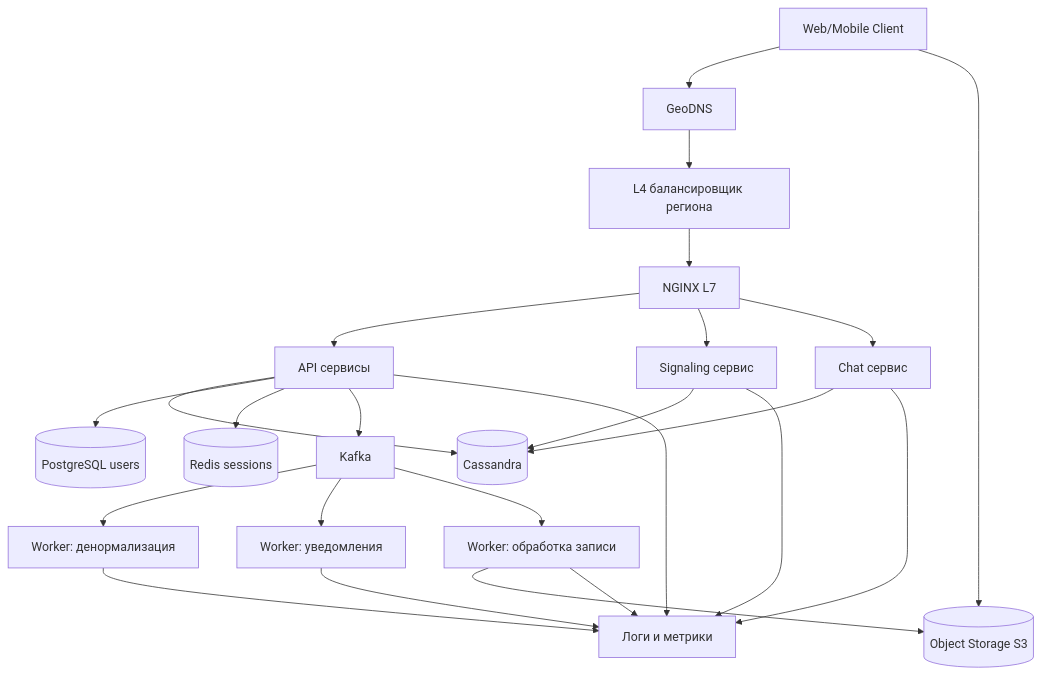
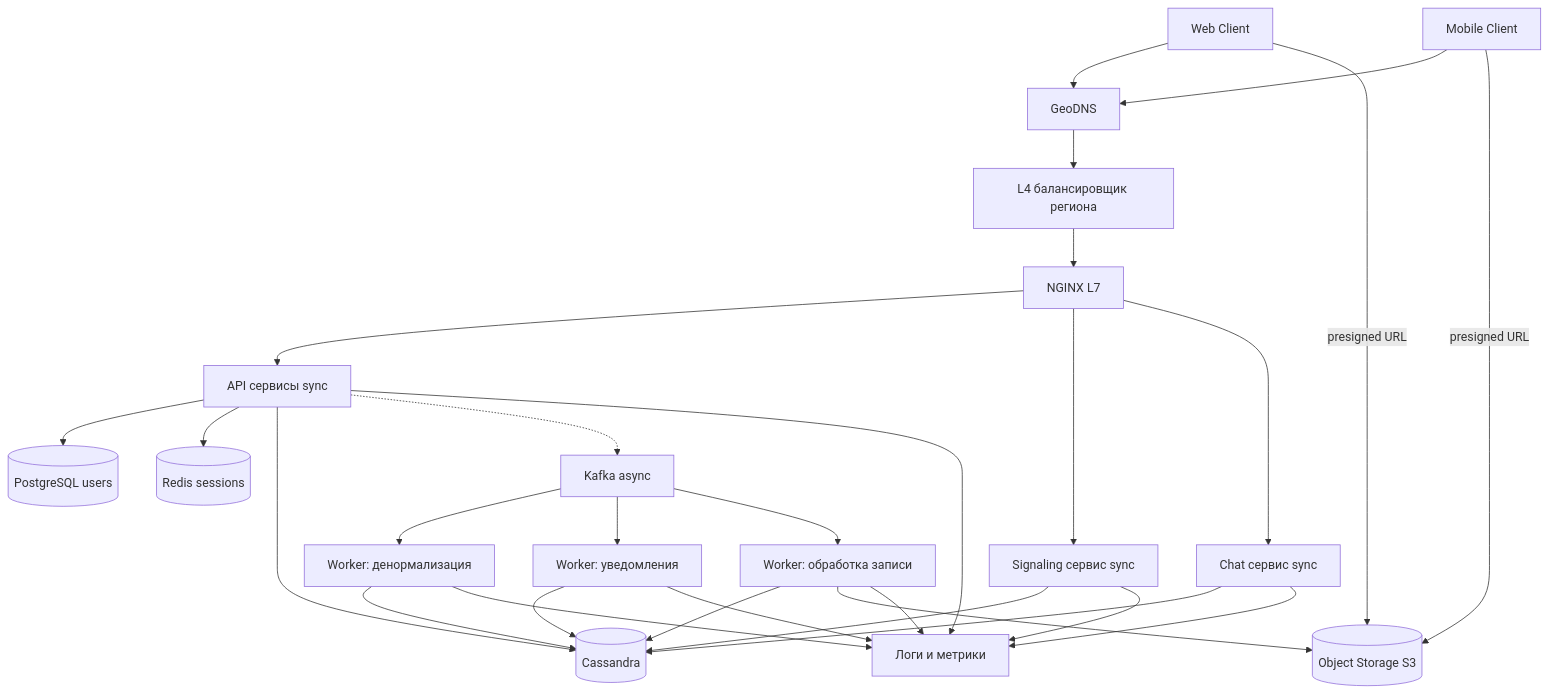
Before and after one commit to alx314vo/highload_zoom: the fourth of 4 diagrams in README.md, drawn with Mermaid. The commit also changed other lines of this file, not shown here.

````diff
--- a/README.md
+++ b/README.md
@@ -513,31 +513,38 @@
 ```mermaid
 graph TB
-    U[Web/Mobile Client] --> DNS[GeoDNS]
+    WEB[Web Client] --> DNS[GeoDNS]
+    MOB[Mobile Client] --> DNS
     DNS --> L4[L4 балансировщик региона]
     L4 --> L7[NGINX L7]
 
-    L7 --> API[API сервисы]
-    L7 --> SIG[Signaling сервис]
-    L7 --> CHAT[Chat сервис]
+    L7 --> API[API сервисы sync]
+    L7 --> SIG[Signaling сервис sync]
+    L7 --> CHAT[Chat сервис sync]
 
+    API --> PG[(PostgreSQL users)]
+    API --> REDIS[(Redis sessions)]
     API --> CASS[(Cassandra)]
     SIG --> CASS
     CHAT --> CASS
-    API --> PG[(PostgreSQL users)]
-    API --> REDIS[(Redis sessions)]
 
-    API --> MQ[Kafka]
+    API -.-> MQ[Kafka async]
     MQ --> W1[Worker: денормализация]
     MQ --> W2[Worker: уведомления]
     MQ --> W3[Worker: обработка записи]
 
+    W1 --> CASS
+    W2 --> CASS
+    W3 --> CASS
+
     W3 --> S3[(Object Storage S3)]
-    U --> S3
+    WEB -->|presigned URL| S3
+    MOB -->|presigned URL| S3
 
-    API --> OBS[Логи и метрики]
+    OBS[Логи и метрики]
+    API --> OBS
     SIG --> OBS
     CHAT --> OBS
     W1 --> OBS
     W2 --> OBS
     W3 --> OBS
 ```
````
